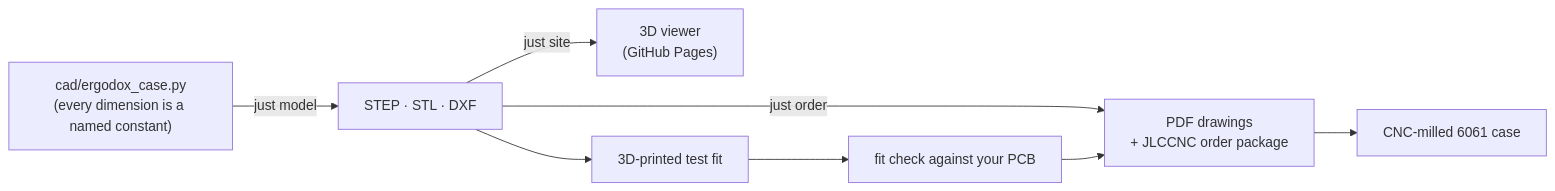
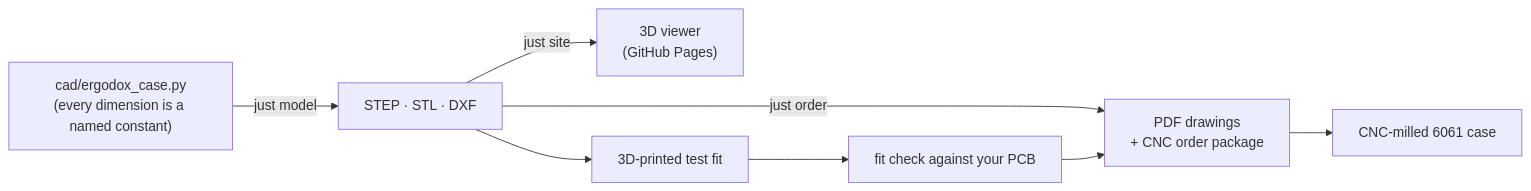
The diagram in README.md (w0rxbend/ergodox), drawn with Mermaid before and after one commit. The commit also changed other lines of this file and 6 other files, not shown here.

Commit message:
Rename the order archive to -cnc-order.zip for any CNC service

````diff
--- a/README.md
+++ b/README.md
@@ -74,10 +74,10 @@
 ```mermaid
 flowchart LR
     A["cad/ergodox_case.py<br/>(every dimension is a named constant)"] -->|just model| B["STEP · STL · DXF"]
-    B -->|just order| C["PDF drawings<br/>+ JLCCNC order package"]
+    B -->|just order| C["PDF drawings<br/>+ CNC order package"]
     B -->|just site| D["3D viewer<br/>(GitHub Pages)"]
     B --> E["3D-printed test fit"]
     E --> F["fit check against your PCB"]
     F --> C
     C --> G["CNC-milled 6061 case"]
 ```
````
